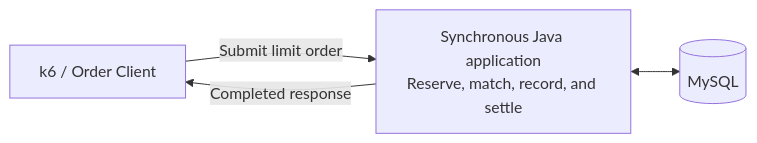
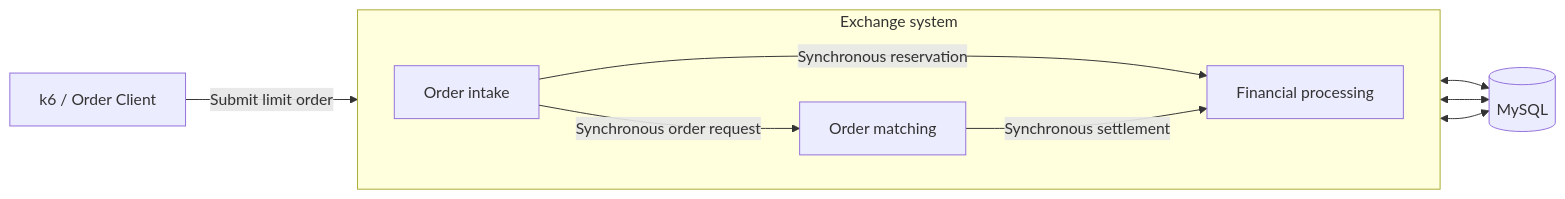
Before and after one commit to skatemonkey/exchange-lab: the second of 6 diagrams in assignment/workspace/asg-2/04-proposal-draft-sections-1-7.md, drawn with Mermaid. The commit also changed other lines of this file and 2 other files, not shown here.

````diff
--- a/assignment/workspace/asg-2/04-proposal-draft-sections-1-7.md
+++ b/assignment/workspace/asg-2/04-proposal-draft-sections-1-7.md
@@ -140,6 +151,16 @@
 ```mermaid
 flowchart LR
-    Client["k6 / Order Client"] -->|Submit limit order| Application["Synchronous Java application<br/>Reserve, match, record, and settle"]
-    Application <--> MySQL[("MySQL")]
-    Application -->|Completed response| Client
+    subgraph System["Exchange system"]
+        direction LR
+        Intake["Order intake"]
+        Match["Order matching"]
+        Finance["Financial processing"]
+        Intake -->|Synchronous order request| Match
+        Intake -->|Synchronous reservation| Finance
+        Match -->|Synchronous settlement| Finance
+    end
+    Client["k6 / Order Client"] -->|Submit limit order| Intake
+    Intake <--> MySQL[("MySQL")]
+    Match <--> MySQL
+    Finance <--> MySQL
 ```
````
